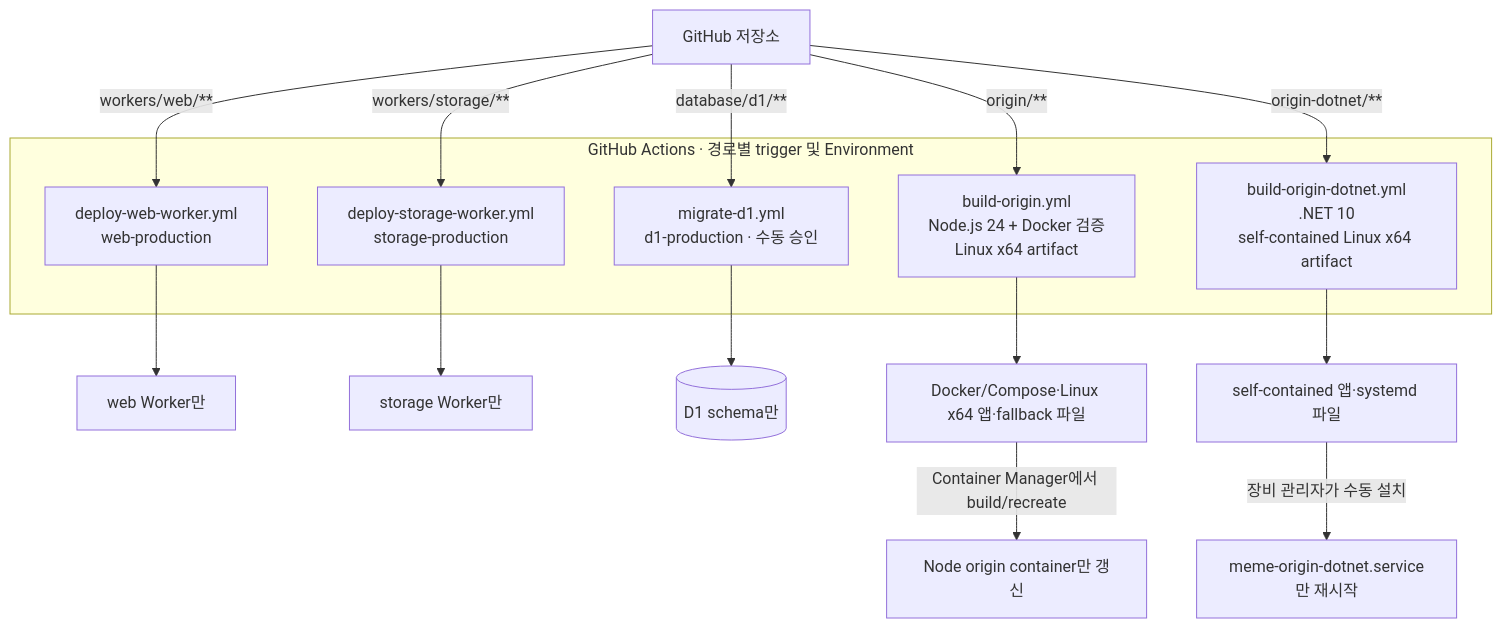
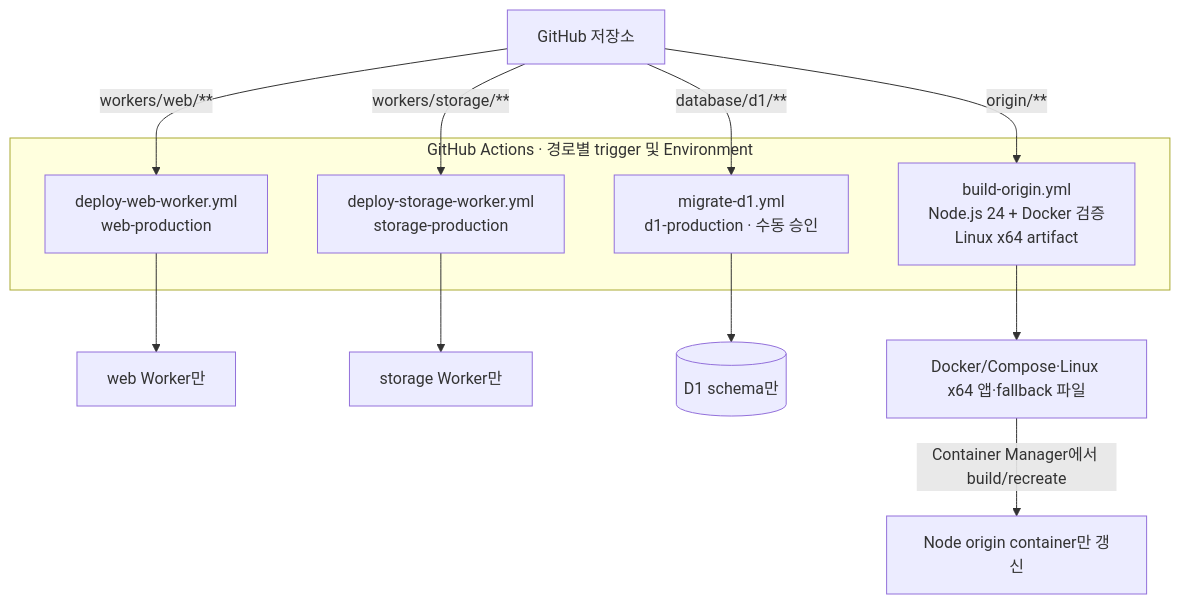
One commit to octopus7/meme changed the fourth of 4 diagrams in docs/architecture.md. Above: the diagram before and after it, drawn with Mermaid. The commit also changed other lines of this file and 28 other files, not shown here.

Commit message:
Remove unused .NET origin

````diff
--- a/docs/architecture.md
+++ b/docs/architecture.md
@@ -131,20 +122,17 @@
 ```mermaid
 flowchart TB
     GH["GitHub 저장소"]
 
     subgraph GA["GitHub Actions · 경로별 trigger 및 Environment"]
         WW["deploy-web-worker.yml<br/>web-production"]
         SW["deploy-storage-worker.yml<br/>storage-production"]
         DB["migrate-d1.yml<br/>d1-production · 수동 승인"]
         OB["build-origin.yml<br/>Node.js 24 + Docker 검증<br/>Linux x64 artifact"]
-        ODB["build-origin-dotnet.yml<br/>.NET 10<br/>self-contained Linux x64 artifact"]
     end
 
     GH -->|"workers/web/**"| WW --> W["web Worker만"]
     GH -->|"workers/storage/**"| SW --> S["storage Worker만"]
     GH -->|"database/d1/**"| DB --> D[("D1 schema만")]
     GH -->|"origin/**"| OB --> AR["Docker/Compose·Linux x64 앱·fallback 파일"]
     AR -->|"Container Manager에서 build/recreate"| O["Node origin container만 갱신"]
-    GH -->|"origin-dotnet/**"| ODB --> DAR["self-contained 앱·systemd 파일"]
-    DAR -->|"장비 관리자가 수동 설치"| DO["meme-origin-dotnet.service만 재시작"]
 ```
````
